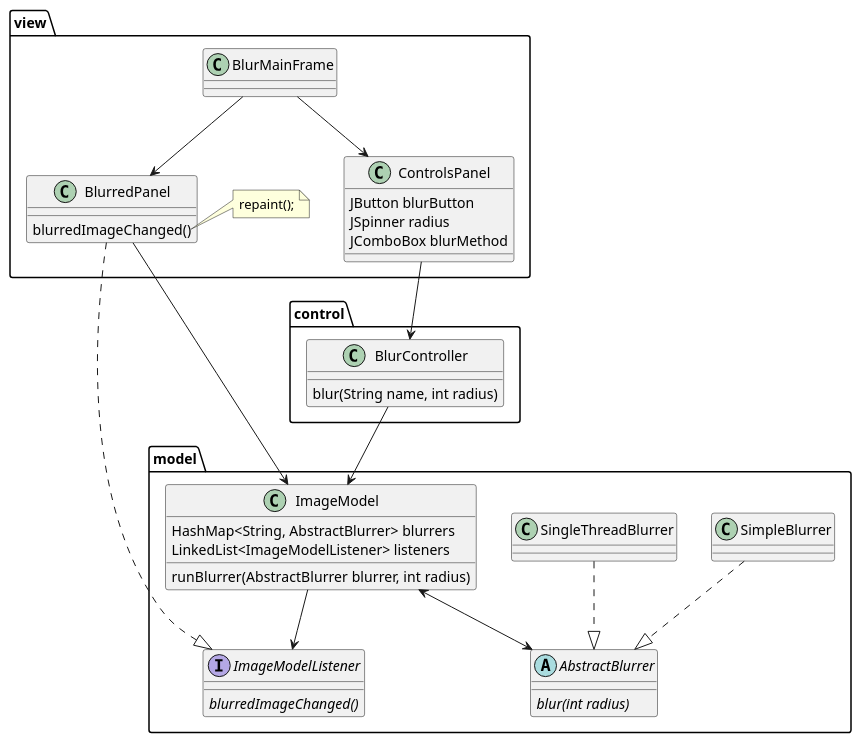
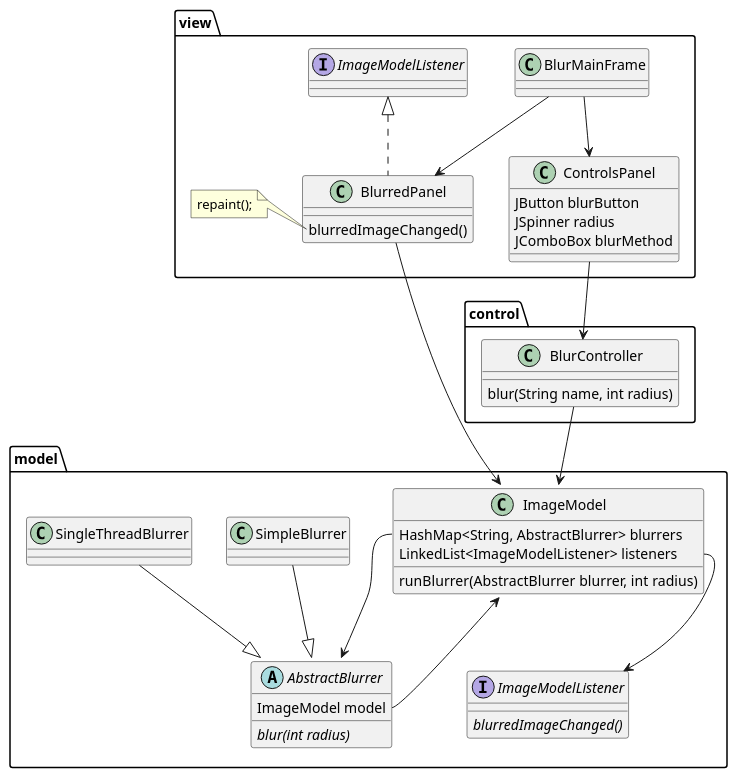
The diagram in res/mvc.uml.puml (dabrowskiw/JavaMultithreading), drawn with PlantUML before and after one commit.

Commit message:
Made UML diagram prettier

```diff
--- a/res/mvc.uml.puml
+++ b/res/mvc.uml.puml
@@ -1,52 +1,52 @@
 @startuml
 'https://plantuml.com/class-diagram
-
 
 package "model" {
   interface ImageModelListener
   abstract class AbstractBlurrer
   class SimpleBlurrer
   class SingleThreadBlurrer
   class ImageModel
   ImageModel : HashMap<String, AbstractBlurrer> blurrers
   ImageModel : LinkedList<ImageModelListener> listeners
   ImageModel : runBlurrer(AbstractBlurrer blurrer, int radius)
   AbstractBlurrer : {abstract} blur(int radius)
+  AbstractBlurrer : ImageModel model
   ImageModelListener : {abstract} blurredImageChanged()
 
-  SimpleBlurrer ..|> AbstractBlurrer
-  SingleThreadBlurrer ..|> AbstractBlurrer
-  ImageModel <--> AbstractBlurrer
-  ImageModel --> ImageModelListener
+  SimpleBlurrer --|> AbstractBlurrer
+  SingleThreadBlurrer --|> AbstractBlurrer
+  ImageModel::HashMap --> AbstractBlurrer
+  AbstractBlurrer::ImageModel --> ImageModel
+  ImageModel::LinkedList --> ImageModelListener
 }
 
 package "control" {
   class BlurController
   BlurController : blur(String name, int radius)
 
   BlurController --> ImageModel
 }
 
 package "view" {
     class BlurMainFrame
-    class BlurredPanel
+    class BlurredPanel implements ImageModelListener
     class ControlsPanel
 
     ControlsPanel : JButton blurButton
     ControlsPanel : JSpinner radius
     ControlsPanel : JComboBox blurMethod
 
     BlurMainFrame --> BlurredPanel
     BlurMainFrame --> ControlsPanel
-    BlurredPanel ..|> ImageModelListener
     ControlsPanel --> BlurController
     BlurredPanel --> ImageModel
     BlurredPanel : blurredImageChanged()
 
     note left of BlurredPanel::blurredImageChanged()
       repaint();
     end note
 }
 
 
 @enduml
```
